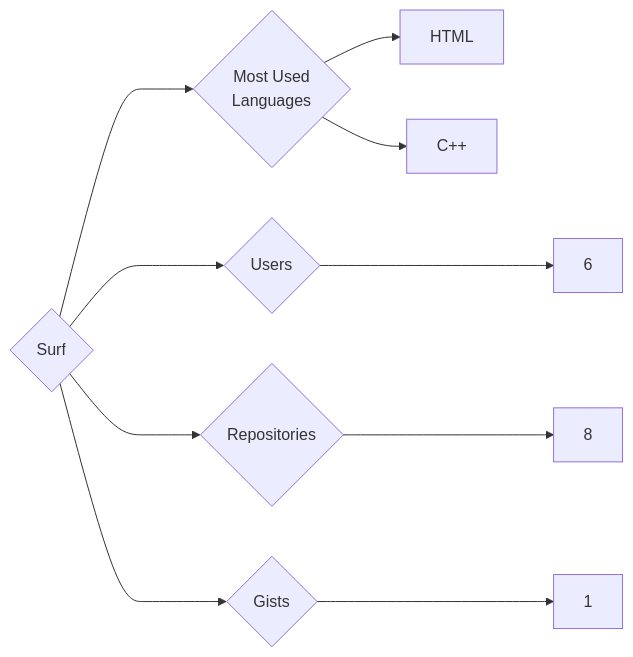
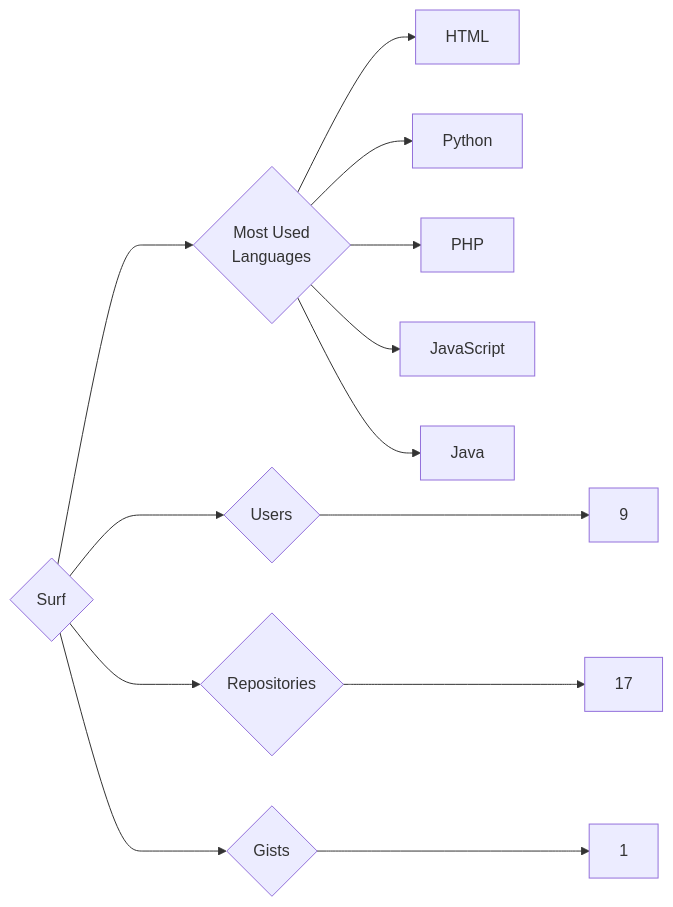
One commit to trickest/insiders changed the diagram in targets/Surf/README.md. Above: the diagram before and after it, drawn with Mermaid. The commit also changed 1479 other files, not shown here.

````diff
--- a/targets/Surf/README.md
+++ b/targets/Surf/README.md
@@ -3,10 +3,13 @@
 ```mermaid
 graph LR
 COMPANY_NAME{Surf}
-COMPANY_NAME ---> U{Users} ---> UN[6]
-COMPANY_NAME ---> R{Repositories} ---> RN[8]
+COMPANY_NAME ---> U{Users} ---> UN[9]
+COMPANY_NAME ---> R{Repositories} ---> RN[17]
 COMPANY_NAME ---> G{Gists} ---> GN[1]
 COMPANY_NAME ---> ML{Most Used<br>Languages}
 ML --> HTML[HTML]
-ML --> C++[C++]
+ML --> Python[Python]
+ML --> PHP[PHP]
+ML --> JavaScript[JavaScript]
+ML --> Java[Java]
 ```
````
